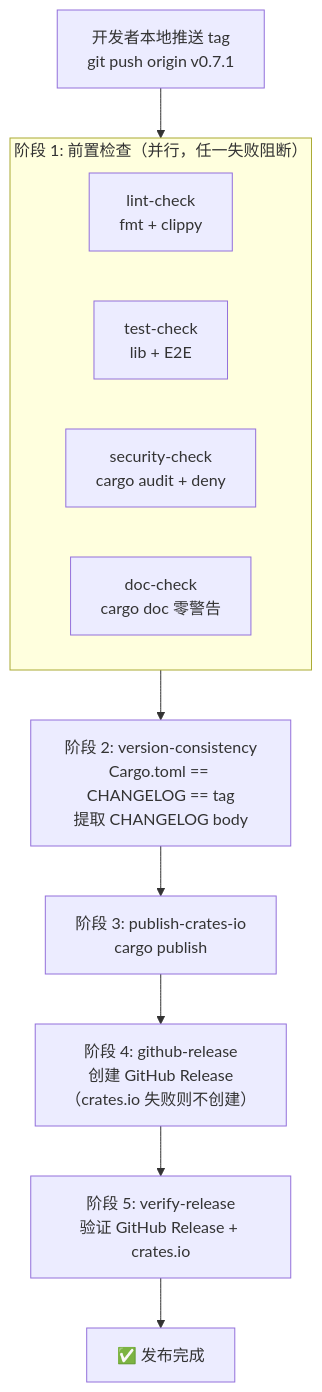
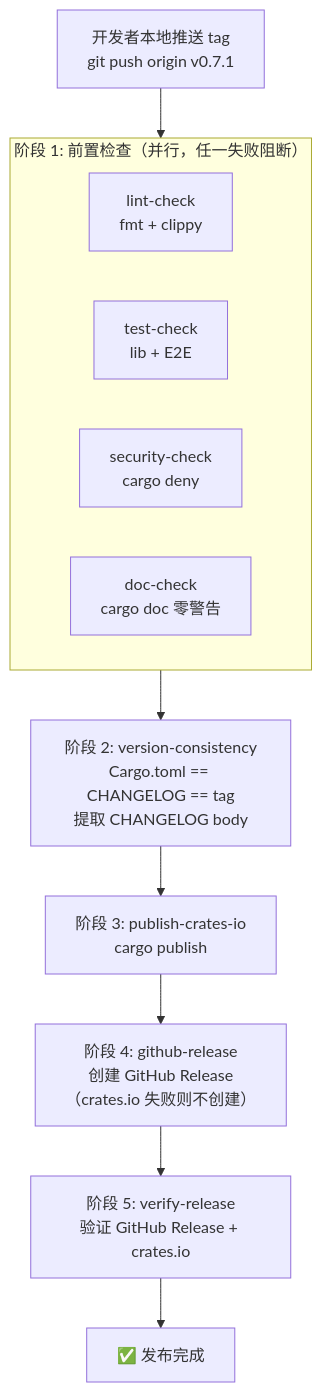
One commit to Kirky-X/garrison changed the diagram in docs/RELEASING.md. Above: the diagram before and after it, drawn with Mermaid. The commit also changed other lines of this file and 229 other files, not shown here.

````diff
--- a/docs/RELEASING.md
+++ b/docs/RELEASING.md
@@ -17,15 +17,15 @@
 ```mermaid
 flowchart TD
     TagPush["开发者本地推送 tag<br/>git push origin v0.7.1"] --> Stage1
     subgraph Stage1["阶段 1: 前置检查（并行，任一失败阻断）"]
       Lint["lint-check<br/>fmt + clippy"]
       Test["test-check<br/>lib + E2E"]
-      Sec["security-check<br/>cargo audit + deny"]
+      Sec["security-check<br/>cargo deny"]
       Doc["doc-check<br/>cargo doc 零警告"]
     end
     Stage1 --> Stage2["阶段 2: version-consistency<br/>Cargo.toml == CHANGELOG == tag<br/>提取 CHANGELOG body"]
     Stage2 --> Stage3["阶段 3: publish-crates-io<br/>cargo publish"]
     Stage3 --> Stage4["阶段 4: github-release<br/>创建 GitHub Release<br/>（crates.io 失败则不创建）"]
     Stage4 --> Stage5["阶段 5: verify-release<br/>验证 GitHub Release + crates.io"]
     Stage5 --> Done["✅ 发布完成"]
 ```
````
